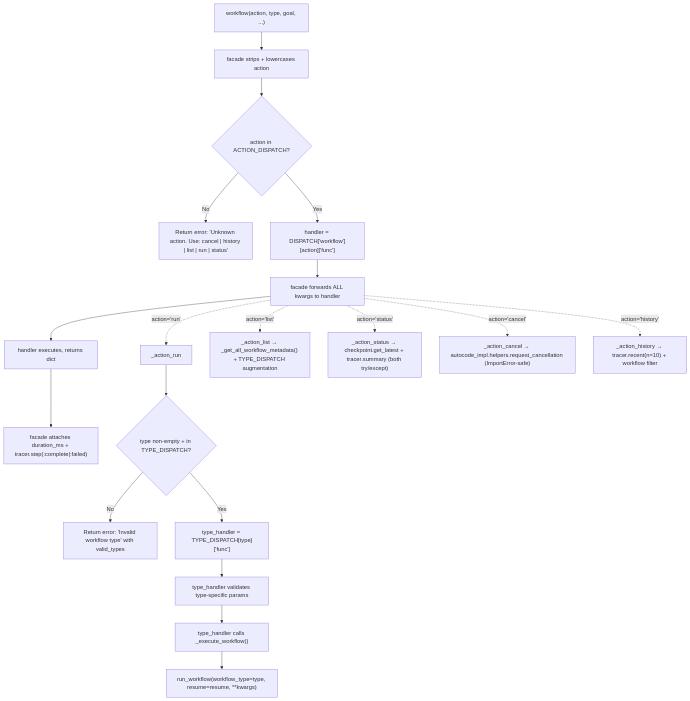
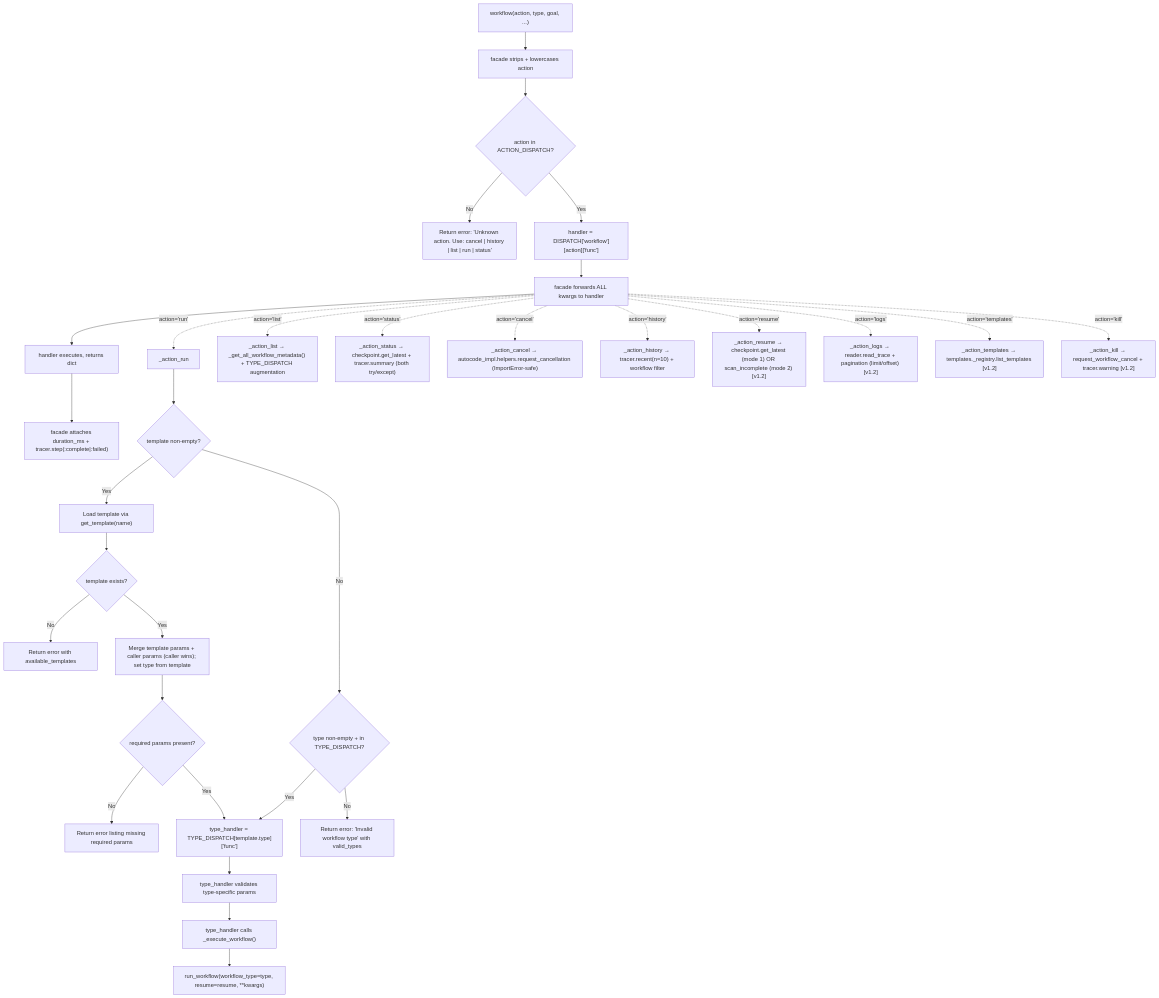
The first of 2 diagrams in docs/tools/workflow/ARCHITECTURE.md (brunogcar/agent), drawn with Mermaid before and after one commit. The commit also changed other lines of this file and 21 other files, not shown here.

````diff
--- a/docs/tools/workflow/ARCHITECTURE.md
+++ b/docs/tools/workflow/ARCHITECTURE.md
@@ -112,23 +134,35 @@
 ```mermaid
 graph TD
   A["workflow(action, type, goal, ...)"] --> B["facade strips + lowercases action"]
   B --> C{"action in ACTION_DISPATCH?"}
   C -->|No| D["Return error: 'Unknown action. Use: cancel | history | list | run | status'"]
   C -->|Yes| E["handler = DISPATCH['workflow'][action]['func']"]
   E --> F["facade forwards ALL kwargs to handler"]
   F --> G["handler executes, returns dict"]
   G --> H["facade attaches duration_ms + tracer.step(:complete|:failed)"]
 
   F -.->|action='run'| R["_action_run"]
-  R --> R1{"type non-empty + in TYPE_DISPATCH?"}
+  R --> R0{"template non-empty?"}
+  R0 -->|Yes| R0a["Load template via get_template(name)"]
+  R0a --> R0b{"template exists?"}
+  R0b -->|No| R0c["Return error with available_templates"]
+  R0b -->|Yes| R0d["Merge template params + caller params (caller wins); set type from template"]
+  R0d --> R0e{"required params present?"}
+  R0e -->|No| R0f["Return error listing missing required params"]
+  R0e -->|Yes| R3["type_handler = TYPE_DISPATCH[template.type]['func']"]
+  R0 -->|No| R1{"type non-empty + in TYPE_DISPATCH?"}
   R1 -->|No| R2["Return error: 'Invalid workflow type' with valid_types"]
-  R1 -->|Yes| R3["type_handler = TYPE_DISPATCH[type]['func']"]
+  R1 -->|Yes| R3
   R3 --> R4["type_handler validates type-specific params"]
   R4 --> R5["type_handler calls _execute_workflow()"]
   R5 --> R6["run_workflow(workflow_type=type, resume=resume, **kwargs)"]
 
   F -.->|action='list'| L["_action_list → _get_all_workflow_metadata() + TYPE_DISPATCH augmentation"]
   F -.->|action='status'| S["_action_status → checkpoint.get_latest + tracer.summary (both try/except)"]
   F -.->|action='cancel'| CC["_action_cancel → autocode_impl.helpers.request_cancellation (ImportError-safe)"]
   F -.->|action='history'| HH["_action_history → tracer.recent(n=10) + workflow filter"]
+  F -.->|action='resume'| RE["_action_resume → checkpoint.get_latest (mode 1) OR scan_incomplete (mode 2) [v1.2]"]
+  F -.->|action='logs'| LO["_action_logs → reader.read_trace + pagination (limit/offset) [v1.2]"]
+  F -.->|action='templates'| TE["_action_templates → templates._registry.list_templates [v1.2]"]
+  F -.->|action='kill'| KI["_action_kill → request_workflow_cancel + tracer.warning [v1.2]"]
 ```
````
